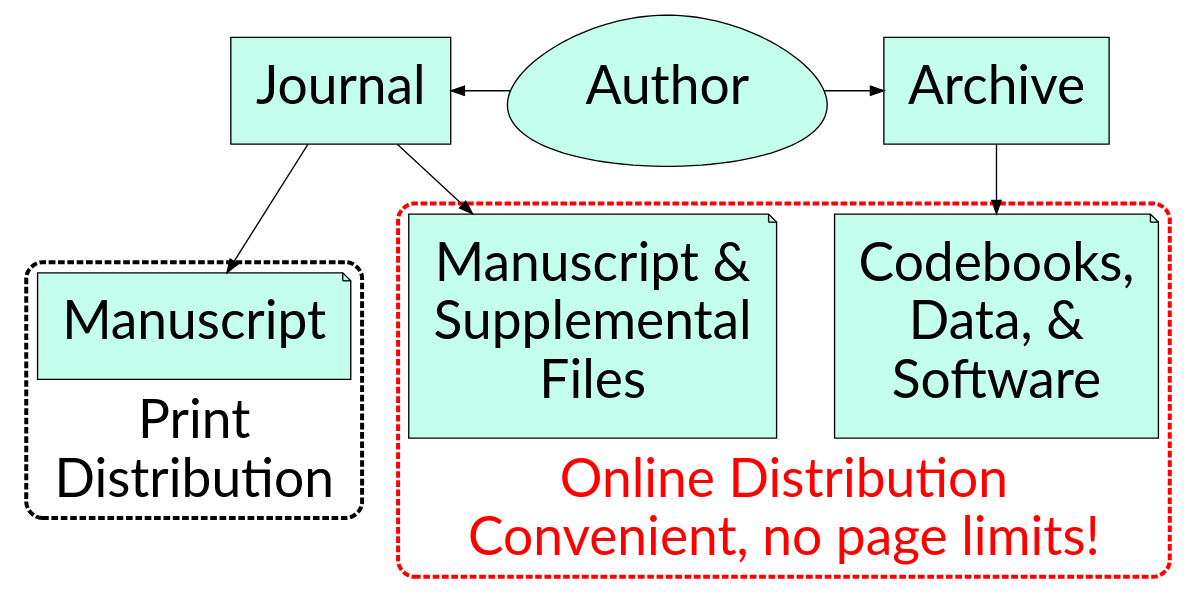
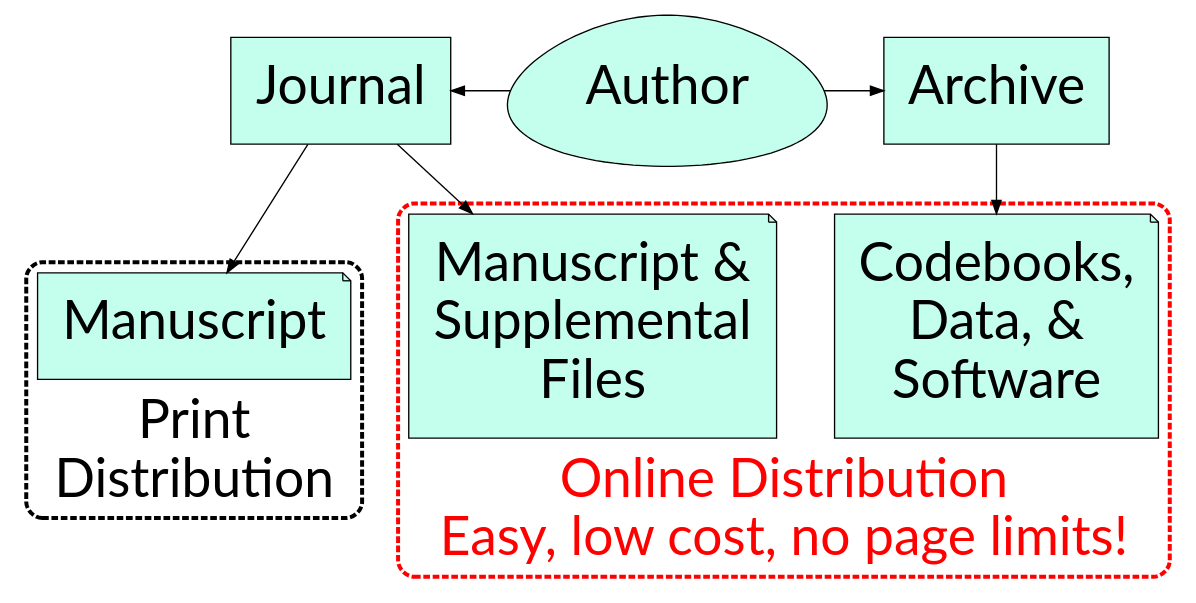
Before and after one commit to sjpierce/Pierce.AEA2024: the third of 4 diagrams in Slides.qmd, drawn with Graphviz. The commit also changed other lines of this file, not shown here.

````diff
--- a/Slides.qmd
+++ b/Slides.qmd
@@ -262,39 +262,39 @@
 ```{dot}
 //| fig-width: 10
 //| fig-height: 5
 digraph G {
 rankdir="TB"; splines=false; nodesep = .6;
 
 node [shape = "box", style= "filled", fontname="Lato", fontsize="40pt", 
       fillcolor = "#C3FFEC", margin = .25]
 Au [label = "Author", shape = "egg"]
 Jo [label = "Journal"]
 Ar [label = "Archive"]
 
 subgraph cluster_0 {
 style="rounded,dashed"; penwidth = 3; color = "black";
 label = "Print\n Distribution"; labelloc=b;
 fontname="Lato"; fontsize="40pt"; fontcolor = "black";
 Pa [label = "Manuscript", shape = "note"]
 }
 
 subgraph cluster_1 {
 style="rounded,dashed"; penwidth = 3; color = "red"; margin = .3;
-label = "Online Distribution\nConvenient, no page limits!"; labelloc=b;
+label = "Online Distribution\nEasy, low cost, no page limits!"; labelloc=b;
 fontname="Lato"; fontsize="40pt"; fontcolor = "red";
 SF [label = "Manuscript &\nSupplemental\nFiles", shape = "note"]
 CD [label = "Codebooks,\nData, &\nSoftware", shape = "note"]
 }
 
 edge [fontname="Lato", fontsize="40pt"]
 Jo -> Au [dir = "back"]
 Au -> Ar 
 Jo -> Pa 
 Jo -> SF
 Ar -> CD
 
 //Jo -> Ar [style = "invis", minlen = 6.5]
 
 rank = same; {Jo; Au; Ar;}
 }
 ```
````
